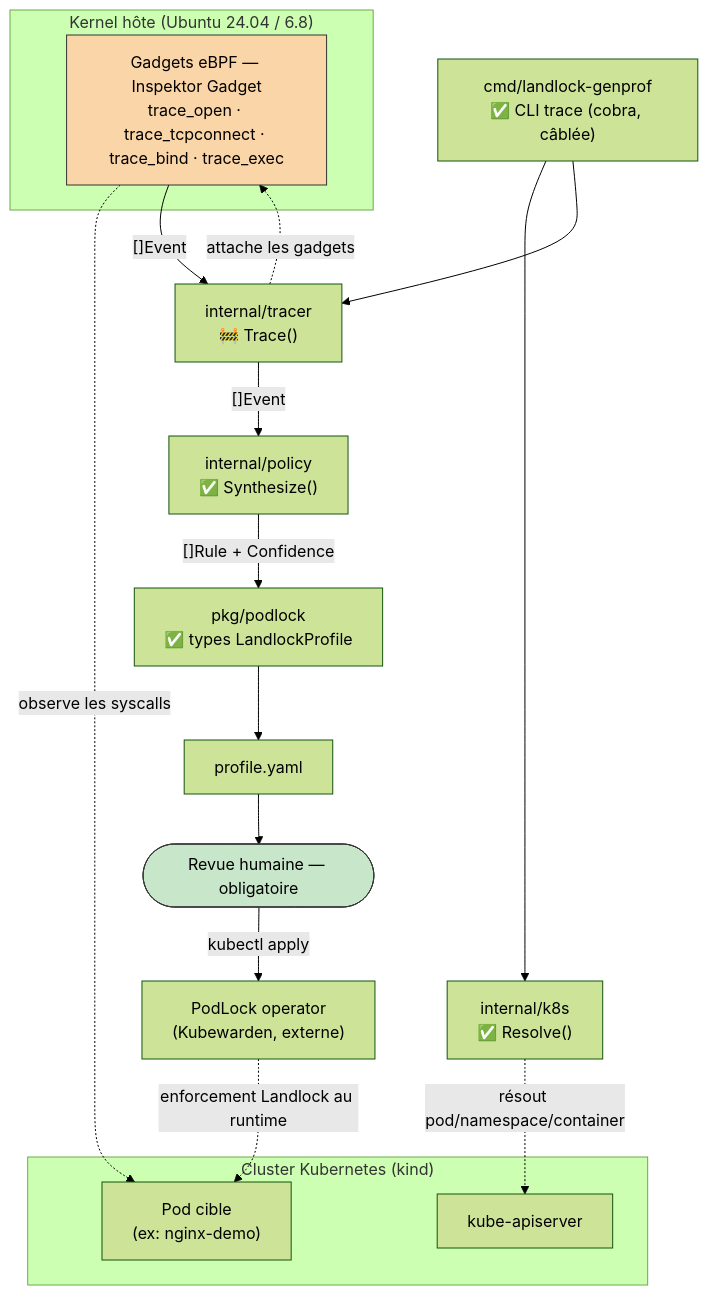
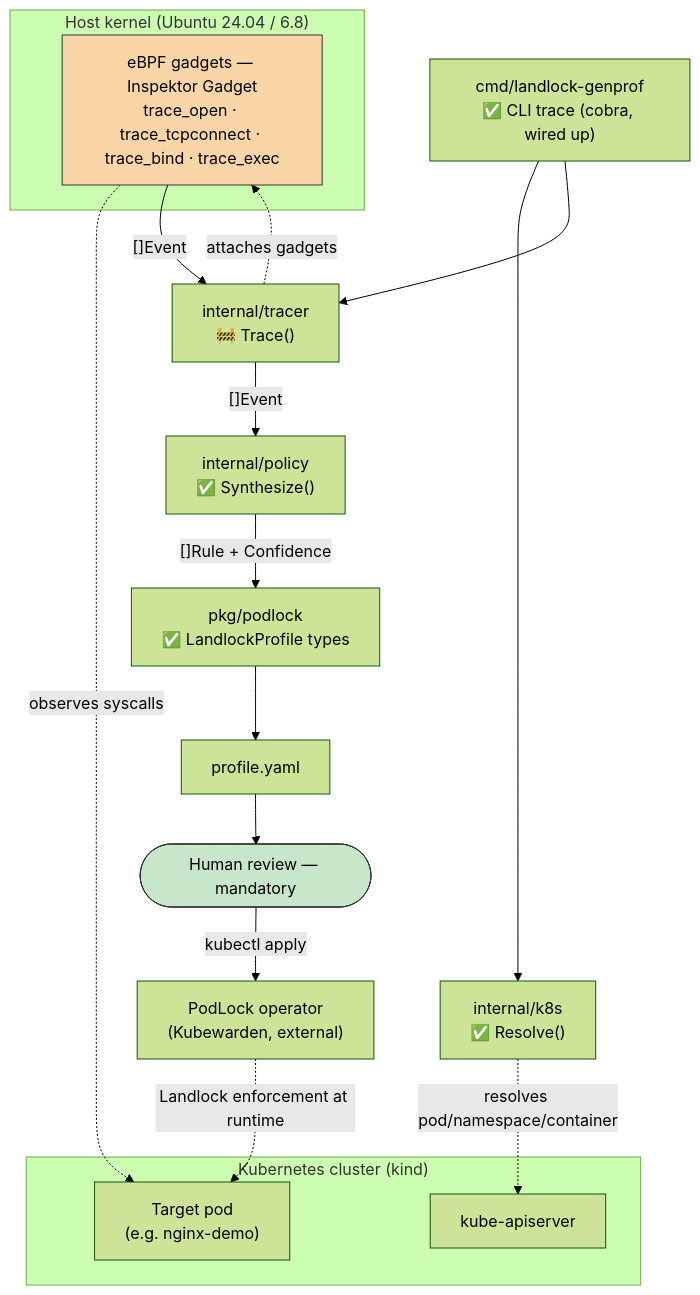
Before and after one commit to idriss-eliguene/landlock-genprof: the first of 3 diagrams in docs/architecture.md, drawn with Mermaid (forest theme). The commit also changed other lines of this file and 24 other files, not shown here.

````diff
--- a/docs/architecture.md
+++ b/docs/architecture.md
@@ -12,36 +12,36 @@
 ```mermaid
 flowchart TD
-    subgraph cluster["Cluster Kubernetes (kind)"]
-        POD["Pod cible<br/>(ex: nginx-demo)"]
+    subgraph cluster["Kubernetes cluster (kind)"]
+        POD["Target pod<br/>(e.g. nginx-demo)"]
         API["kube-apiserver"]
     end
 
-    subgraph host["Kernel hôte (Ubuntu 24.04 / 6.8)"]
-        EBPF["Gadgets eBPF — Inspektor Gadget<br/>trace_open · trace_tcpconnect · trace_bind · trace_exec"]
+    subgraph host["Host kernel (Ubuntu 24.04 / 6.8)"]
+        EBPF["eBPF gadgets — Inspektor Gadget<br/>trace_open · trace_tcpconnect · trace_bind · trace_exec"]
     end
 
-    CLI["cmd/landlock-genprof<br/>✅ CLI trace (cobra, câblée)"]
+    CLI["cmd/landlock-genprof<br/>✅ CLI trace (cobra, wired up)"]
     K8SPKG["internal/k8s<br/>✅ Resolve()"]
     TRACER["internal/tracer<br/>🚧 Trace()"]
     POLICY["internal/policy<br/>✅ Synthesize()"]
-    PODLOCKTYPES["pkg/podlock<br/>✅ types LandlockProfile"]
+    PODLOCKTYPES["pkg/podlock<br/>✅ LandlockProfile types"]
     YAML["profile.yaml"]
-    HUMAN(["Revue humaine — obligatoire"])
-    PODLOCKOP["PodLock operator<br/>(Kubewarden, externe)"]
+    HUMAN(["Human review — mandatory"])
+    PODLOCKOP["PodLock operator<br/>(Kubewarden, external)"]
 
     CLI --> K8SPKG
-    K8SPKG -. "résout pod/namespace/container" .-> API
+    K8SPKG -. "resolves pod/namespace/container" .-> API
     CLI --> TRACER
-    TRACER -. "attache les gadgets" .-> EBPF
-    EBPF -. "observe les syscalls" .-> POD
+    TRACER -. "attaches gadgets" .-> EBPF
+    EBPF -. "observes syscalls" .-> POD
     EBPF -- "[]Event" --> TRACER
     TRACER -- "[]Event" --> POLICY
     POLICY -- "[]Rule + Confidence" --> PODLOCKTYPES
     PODLOCKTYPES --> YAML
     YAML --> HUMAN
     HUMAN -- "kubectl apply" --> PODLOCKOP
-    PODLOCKOP -. "enforcement Landlock au runtime" .-> POD
+    PODLOCKOP -. "Landlock enforcement at runtime" .-> POD
 
     style EBPF fill:#f9d5a7,stroke:#333
     style HUMAN fill:#c8e6c9,stroke:#333
 ```
````
